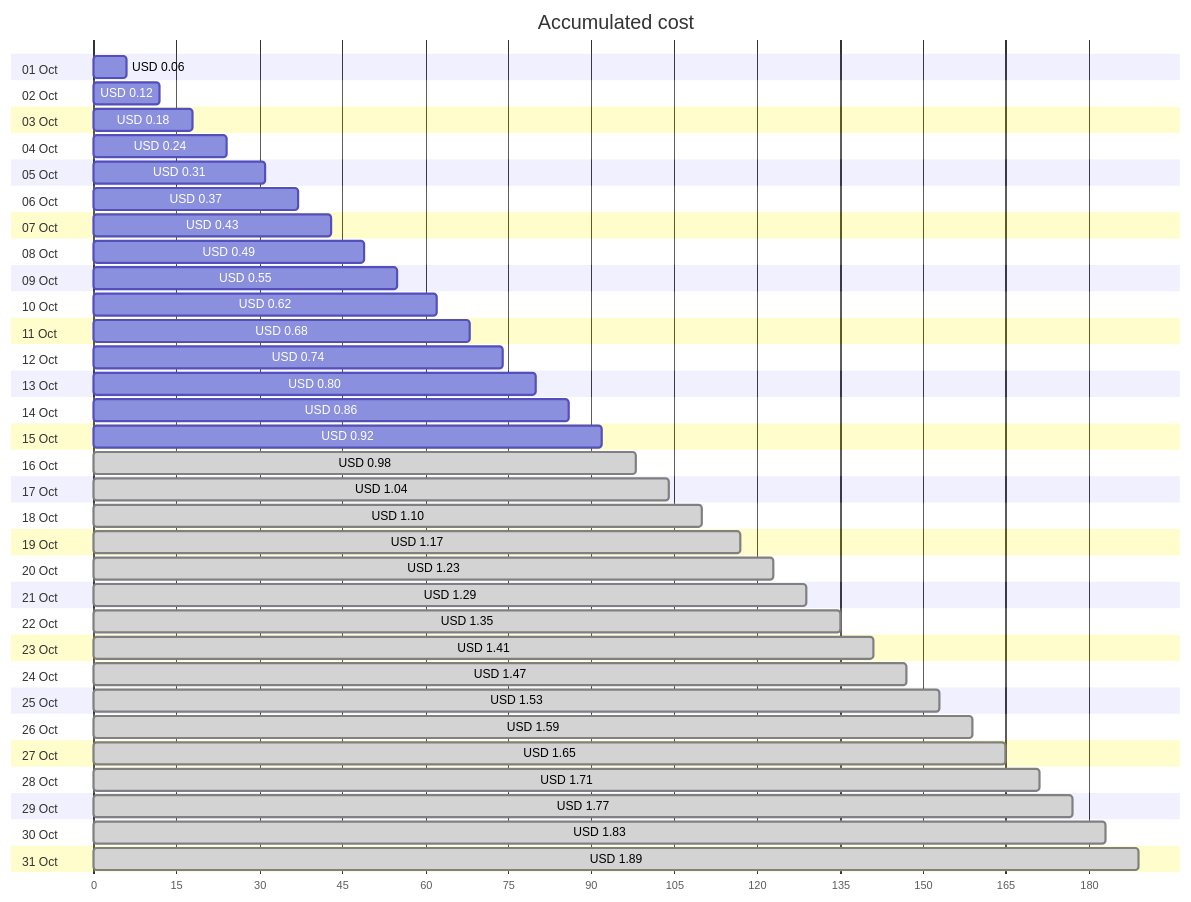
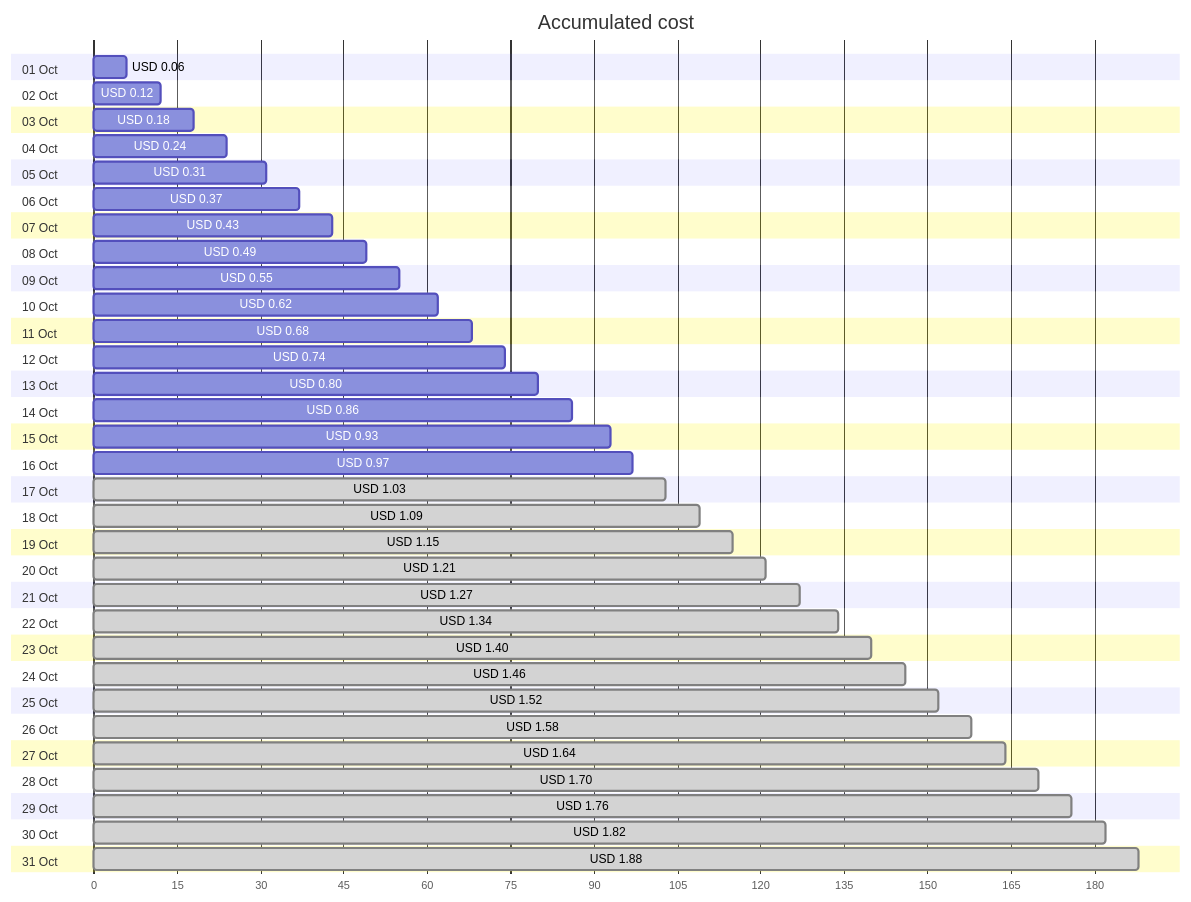
One commit to jpfulton/azure-personal-reports changed the first of 4 diagrams in cost-reports/personal-network/backup-server_OsDisk.md. Above: the diagram before and after it, drawn with Mermaid. The commit also changed other lines of this file and 8 other files, not shown here.

````diff
--- a/cost-reports/personal-network/backup-server_OsDisk.md
+++ b/cost-reports/personal-network/backup-server_OsDisk.md
@@ -20,68 +20,68 @@
 ```mermaid
 gantt
    title Accumulated cost
    dateFormat  X
    axisFormat %s
    section 01 Oct
    USD 0.06 :0, 6
    section 02 Oct
    USD 0.12 :0, 12
    section 03 Oct
    USD 0.18 :0, 18
    section 04 Oct
    USD 0.24 :0, 24
    section 05 Oct
    USD 0.31 :0, 31
    section 06 Oct
    USD 0.37 :0, 37
    section 07 Oct
    USD 0.43 :0, 43
    section 08 Oct
    USD 0.49 :0, 49
    section 09 Oct
    USD 0.55 :0, 55
    section 10 Oct
    USD 0.62 :0, 62
    section 11 Oct
    USD 0.68 :0, 68
    section 12 Oct
    USD 0.74 :0, 74
    section 13 Oct
    USD 0.80 :0, 80
    section 14 Oct
    USD 0.86 :0, 86
    section 15 Oct
-   USD 0.92 :0, 92
+   USD 0.93 :0, 93
    section 16 Oct
-   USD 0.98 : done, 0, 98
+   USD 0.97 :0, 97
    section 17 Oct
-   USD 1.04 : done, 0, 104
+   USD 1.03 : done, 0, 103
    section 18 Oct
-   USD 1.10 : done, 0, 110
+   USD 1.09 : done, 0, 109
    section 19 Oct
-   USD 1.17 : done, 0, 117
+   USD 1.15 : done, 0, 115
    section 20 Oct
-   USD 1.23 : done, 0, 123
+   USD 1.21 : done, 0, 121
    section 21 Oct
-   USD 1.29 : done, 0, 129
+   USD 1.27 : done, 0, 127
    section 22 Oct
-   USD 1.35 : done, 0, 135
+   USD 1.34 : done, 0, 134
    section 23 Oct
-   USD 1.41 : done, 0, 141
+   USD 1.40 : done, 0, 140
    section 24 Oct
-   USD 1.47 : done, 0, 147
+   USD 1.46 : done, 0, 146
    section 25 Oct
-   USD 1.53 : done, 0, 153
+   USD 1.52 : done, 0, 152
    section 26 Oct
-   USD 1.59 : done, 0, 159
+   USD 1.58 : done, 0, 158
    section 27 Oct
-   USD 1.65 : done, 0, 165
+   USD 1.64 : done, 0, 164
    section 28 Oct
-   USD 1.71 : done, 0, 171
+   USD 1.70 : done, 0, 170
    section 29 Oct
-   USD 1.77 : done, 0, 177
+   USD 1.76 : done, 0, 176
    section 30 Oct
-   USD 1.83 : done, 0, 183
+   USD 1.82 : done, 0, 182
    section 31 Oct
-   USD 1.89 : done, 0, 189
+   USD 1.88 : done, 0, 188
 ```
````
